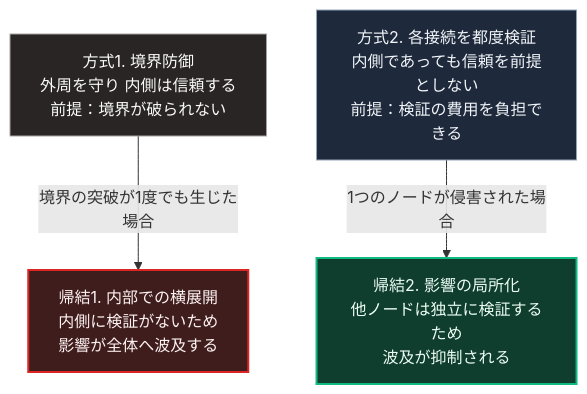
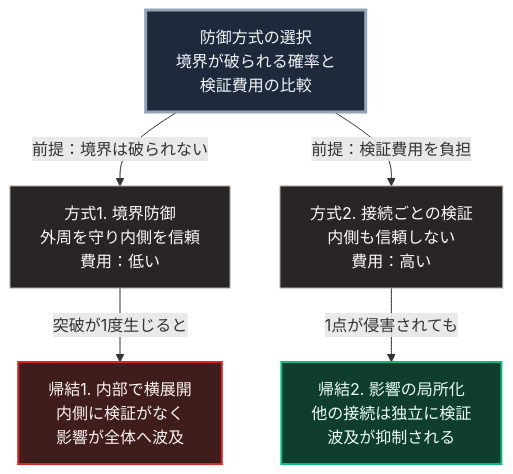
One commit to Takenori-Kusaka/zenn-content changed the diagram in books/sovereign-resilience-blueprint/21_boundary-defense-death.md. Above: the diagram before and after it, drawn with Mermaid. The commit also changed other lines of this file and 114 other files, not shown here.

````diff
--- a/books/sovereign-resilience-blueprint/21_boundary-defense-death.md
+++ b/books/sovereign-resilience-blueprint/21_boundary-defense-death.md
@@ -49,12 +49,14 @@
 ```mermaid
 flowchart TD
-    A[方式1. 境界防御<br>外周を守り 内側は信頼する<br>前提：境界が破られない]
-    A -->|境界の突破が1度でも生じた場合| B[帰結1. 内部での横展開<br>内側に検証がないため<br>影響が全体へ波及する]
-    C[方式2. 各接続を都度検証<br>内側であっても信頼を前提としない<br>前提：検証の費用を負担できる]
-    C -->|1つのノードが侵害された場合| D[帰結2. 影響の局所化<br>他ノードは独立に検証するため<br>波及が抑制される]
+    Q[防御方式の選択<br>境界が破られる確率と<br>検証費用の比較]
+    Q -->|前提：境界は破られない| A[方式1. 境界防御<br>外周を守り内側を信頼<br>費用：低い]
+    Q -->|前提：検証費用を負担| C[方式2. 接続ごとの検証<br>内側も信頼しない<br>費用：高い]
+    A -->|突破が1度生じると| B[帰結1. 内部で横展開<br>内側に検証がなく<br>影響が全体へ波及]
+    C -->|1点が侵害されても| D[帰結2. 影響の局所化<br>他の接続は独立に検証<br>波及が抑制される]
 
+    style Q fill:#1e293b,stroke:#94a3b8,stroke-width:3px,color:#f1f5f9
     style A fill:#292524,stroke:#a8a29e,color:#fafaf9
     style B fill:#3f1d1d,stroke:#dc2626,stroke-width:2px,color:#fef2f2
-    style C fill:#1e293b,stroke:#94a3b8,color:#f1f5f9
+    style C fill:#292524,stroke:#a8a29e,color:#fafaf9
     style D fill:#0f3d2e,stroke:#10b981,stroke-width:2px,color:#ecfdf5
 ```
````
